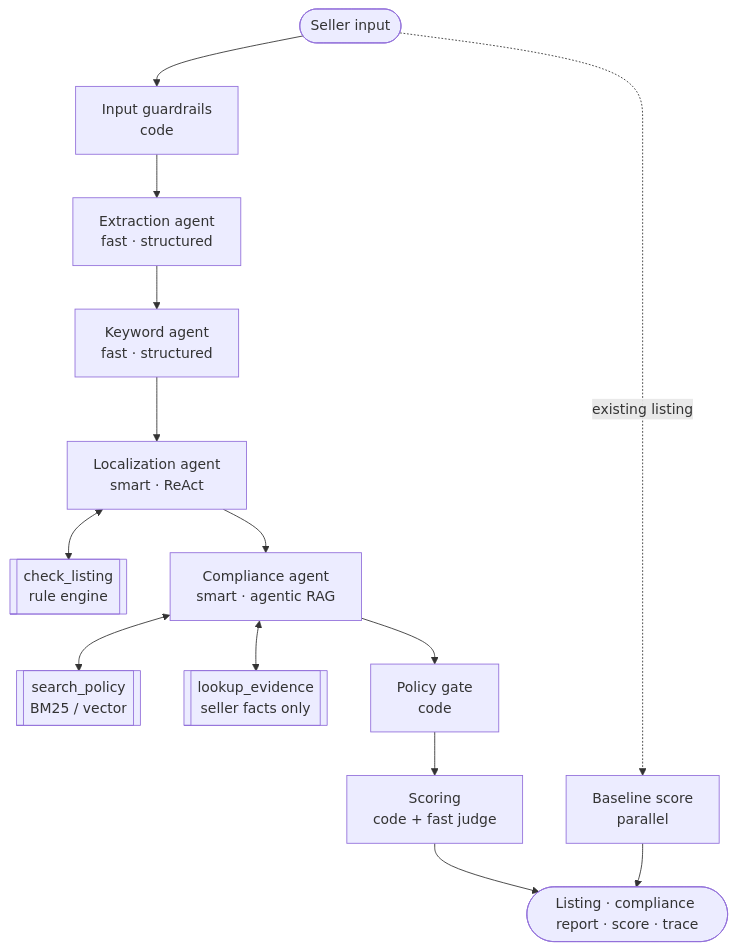
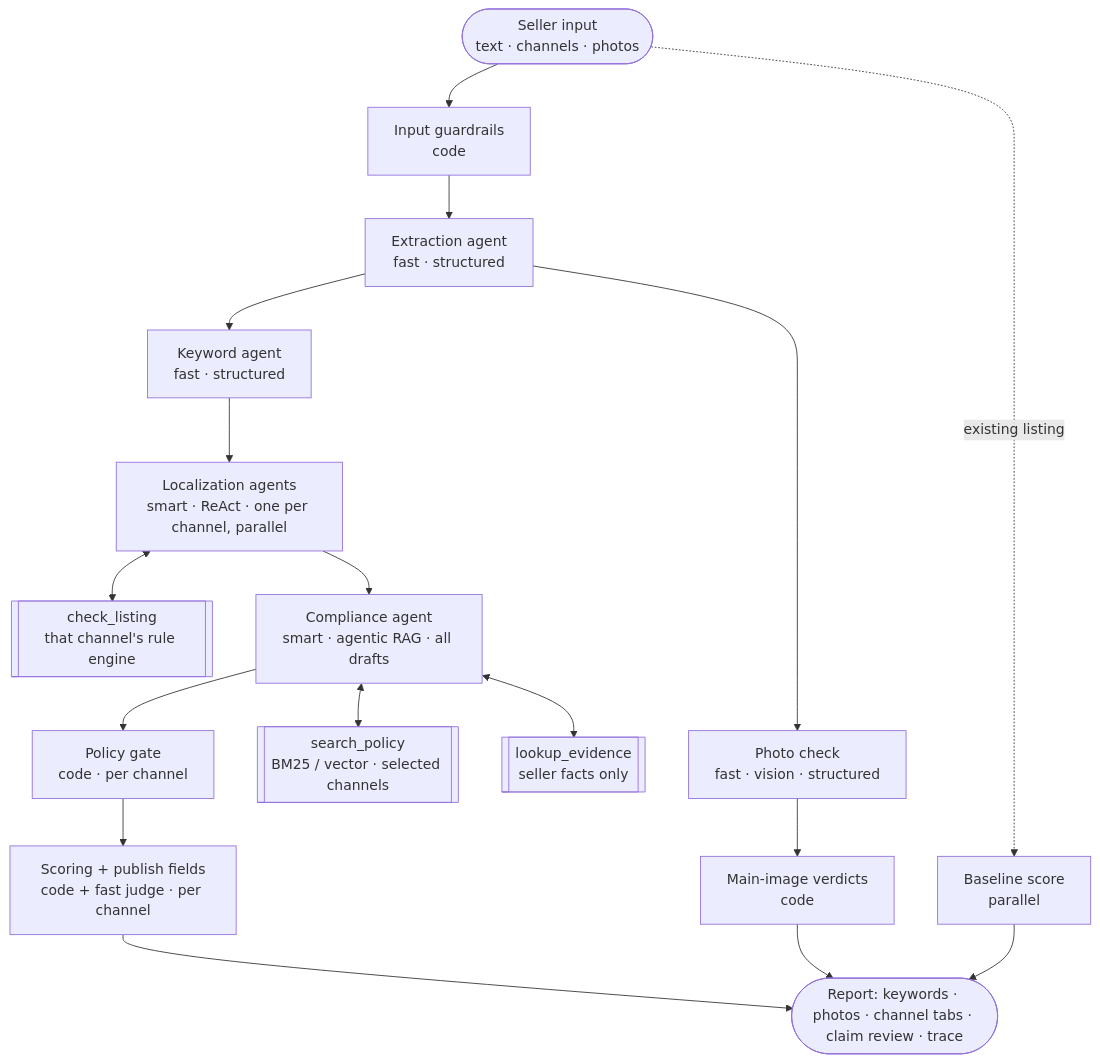
The diagram in docs/AGENT_DESIGN.md (heruis/ecommerce-agent), drawn with Mermaid before and after one commit. The commit also changed other lines of this file and 17 other files, not shown here.

````diff
--- a/docs/AGENT_DESIGN.md
+++ b/docs/AGENT_DESIGN.md
@@ -21,16 +21,19 @@
 ```mermaid
 flowchart TB
-  input([Seller input]) --> g1[Input guardrails<br/>code]
+  input([Seller input<br/>text · channels · photos]) --> g1[Input guardrails<br/>code]
   g1 --> ex[Extraction agent<br/>fast · structured]
+  ex --> im[Photo check<br/>fast · vision · structured]
   ex --> kw[Keyword agent<br/>fast · structured]
-  kw --> lo[Localization agent<br/>smart · ReAct]
-  lo <--> t1[[check_listing<br/>rule engine]]
-  lo --> co[Compliance agent<br/>smart · agentic RAG]
-  co <--> t2[[search_policy<br/>BM25 / vector]]
+  kw --> lo[Localization agents<br/>smart · ReAct · one per channel, parallel]
+  lo <--> t1[[check_listing<br/>that channel's rule engine]]
+  lo --> co[Compliance agent<br/>smart · agentic RAG · all drafts]
+  co <--> t2[[search_policy<br/>BM25 / vector · selected channels]]
   co <--> t3[[lookup_evidence<br/>seller facts only]]
-  co --> gate[Policy gate<br/>code]
-  gate --> sc[Scoring<br/>code + fast judge]
+  co --> gate[Policy gate<br/>code · per channel]
+  gate --> sc[Scoring + publish fields<br/>code + fast judge · per channel]
+  im --> rep[Main-image verdicts<br/>code]
   input -. existing listing .-> base[Baseline score<br/>parallel]
-  sc --> out([Listing · compliance report · score · trace])
+  sc --> out([Report: keywords · photos · channel tabs · claim review · trace])
+  rep --> out
   base --> out
 ```
````
